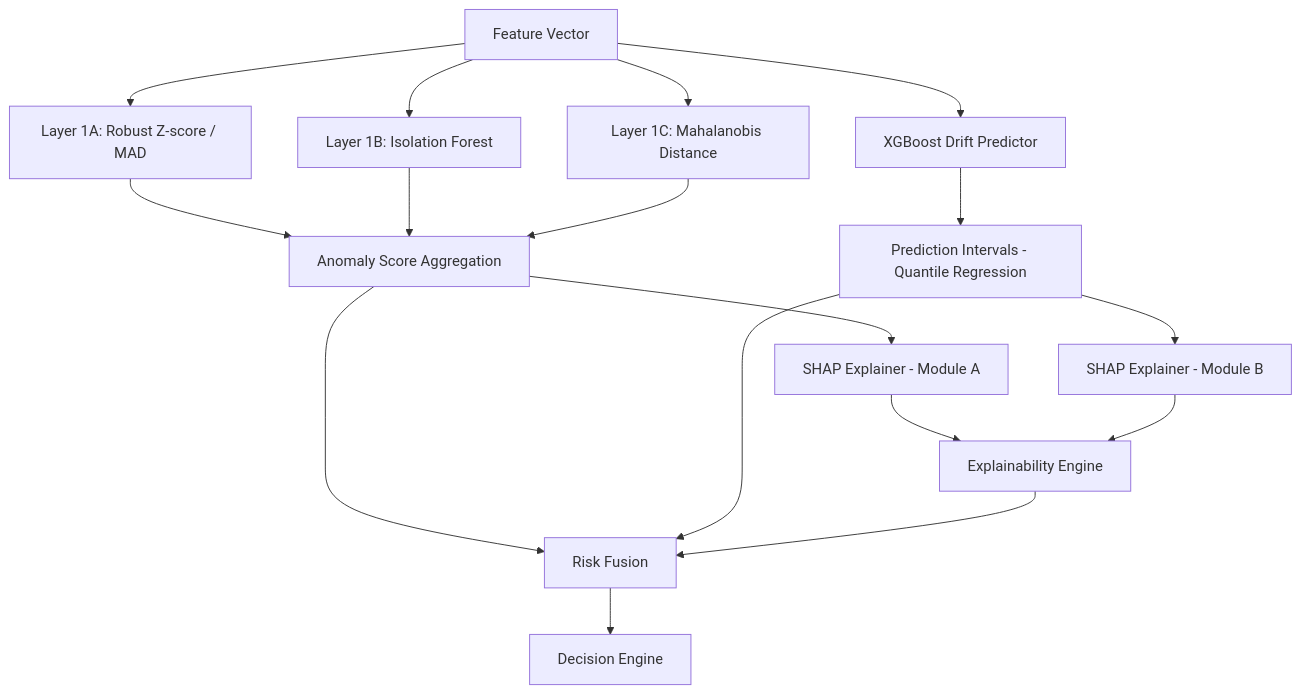
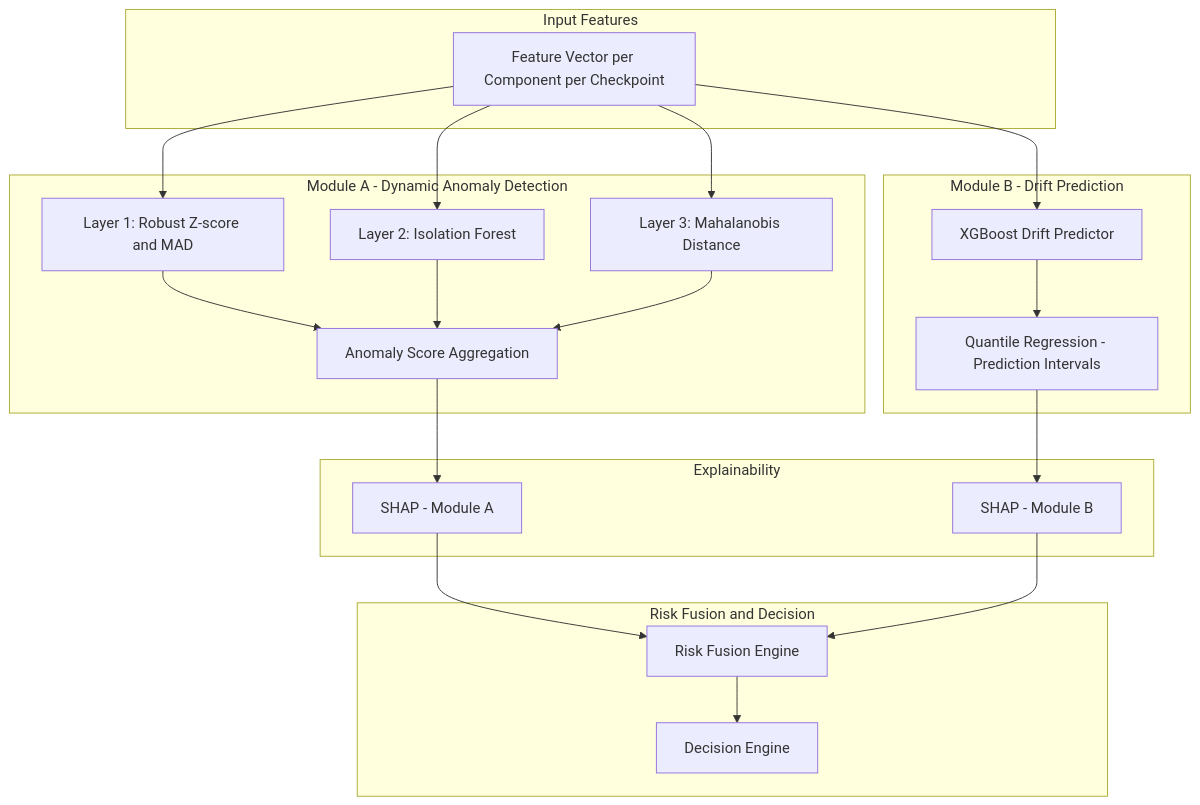
Before and after one commit to ankushkumar14092-dot/sih_170: the fourth of 20 diagrams in DOCUMENTATION.md, drawn with Mermaid. The commit also changed other lines of this file, not shown here.

Commit message:
Add 20 Mermaid architecture diagrams to DOCUMENTATION.md

````diff
--- a/DOCUMENTATION.md
+++ b/DOCUMENTATION.md
@@ -1969,18 +2016,33 @@
 ```mermaid
 graph TD
-    FV[Feature Vector] --> L1A[Layer 1A: Robust Z-score / MAD]
-    FV --> L1B[Layer 1B: Isolation Forest]
-    FV --> L1C[Layer 1C: Mahalanobis Distance]
-    L1A & L1B & L1C --> AS[Anomaly Score Aggregation]
-    AS --> SHAP_A[SHAP Explainer - Module A]
-
-    FV --> DP[XGBoost Drift Predictor]
-    DP --> PI[Prediction Intervals - Quantile Regression]
-    PI --> SHAP_B[SHAP Explainer - Module B]
-
-    SHAP_A & SHAP_B --> EXP[Explainability Engine]
-    AS --> RF[Risk Fusion]
-    PI --> RF
-    EXP --> RF
-    RF --> DEC[Decision Engine]
+    subgraph INPUTS[Input Features]
+        FV[Feature Vector per Component per Checkpoint]
+    end
+    subgraph MODA[Module A - Dynamic Anomaly Detection]
+        L1A[Layer 1: Robust Z-score and MAD]
+        L1B[Layer 2: Isolation Forest]
+        L1C[Layer 3: Mahalanobis Distance]
+        AS[Anomaly Score Aggregation]
+        L1A --> AS
+        L1B --> AS
+        L1C --> AS
+    end
+    subgraph MODB[Module B - Drift Prediction]
+        DP[XGBoost Drift Predictor]
+        PI[Quantile Regression - Prediction Intervals]
+        DP --> PI
+    end
+    subgraph EXPLAIN[Explainability]
+        SHAP_A[SHAP - Module A]
+        SHAP_B[SHAP - Module B]
+    end
+    subgraph FUSION[Risk Fusion and Decision]
+        RF[Risk Fusion Engine]
+        DEC[Decision Engine]
+        RF --> DEC
+    end
+    FV --> L1A & L1B & L1C
+    FV --> DP
+    AS --> SHAP_A --> RF
+    PI --> SHAP_B --> RF
 ```
````
